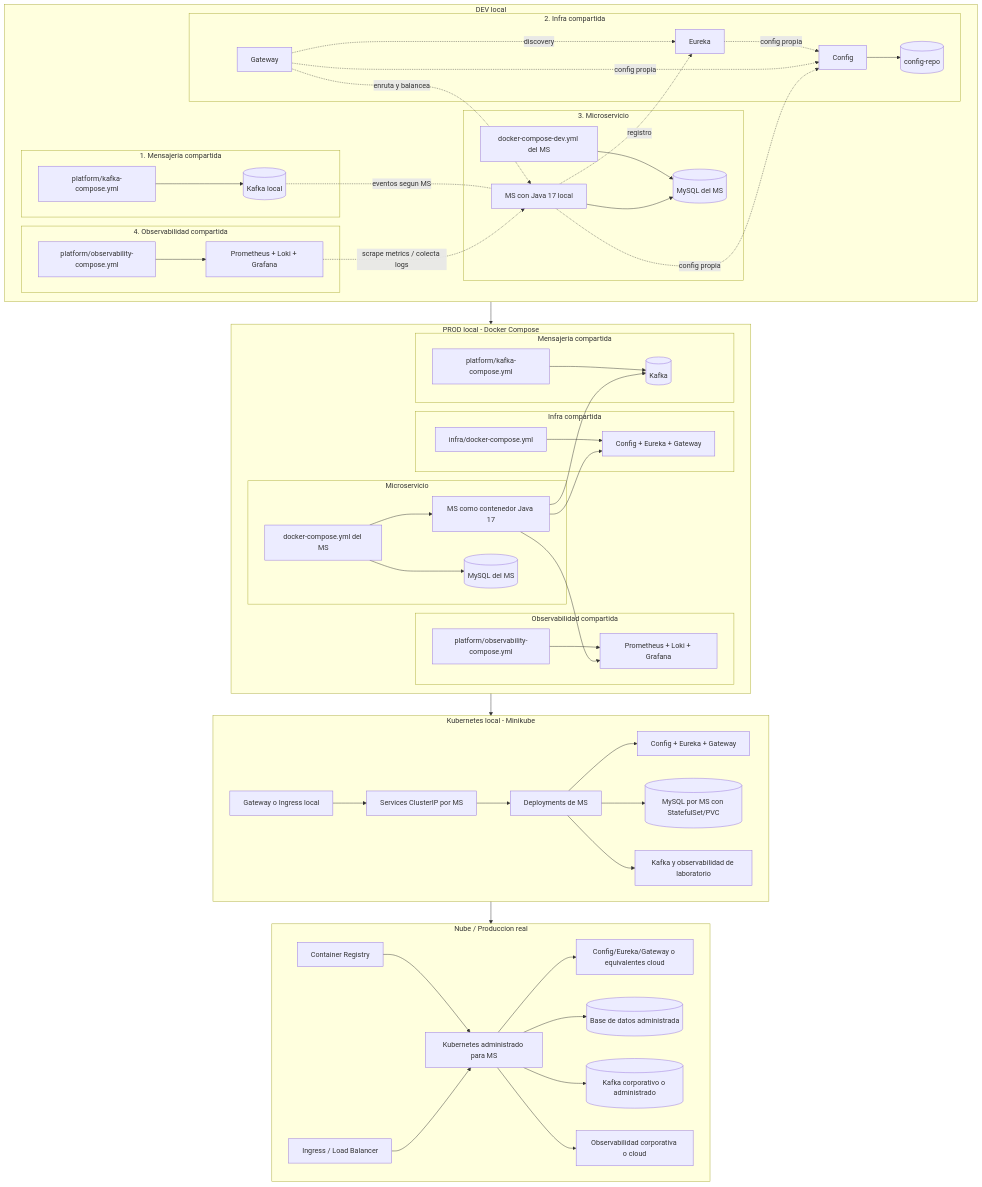
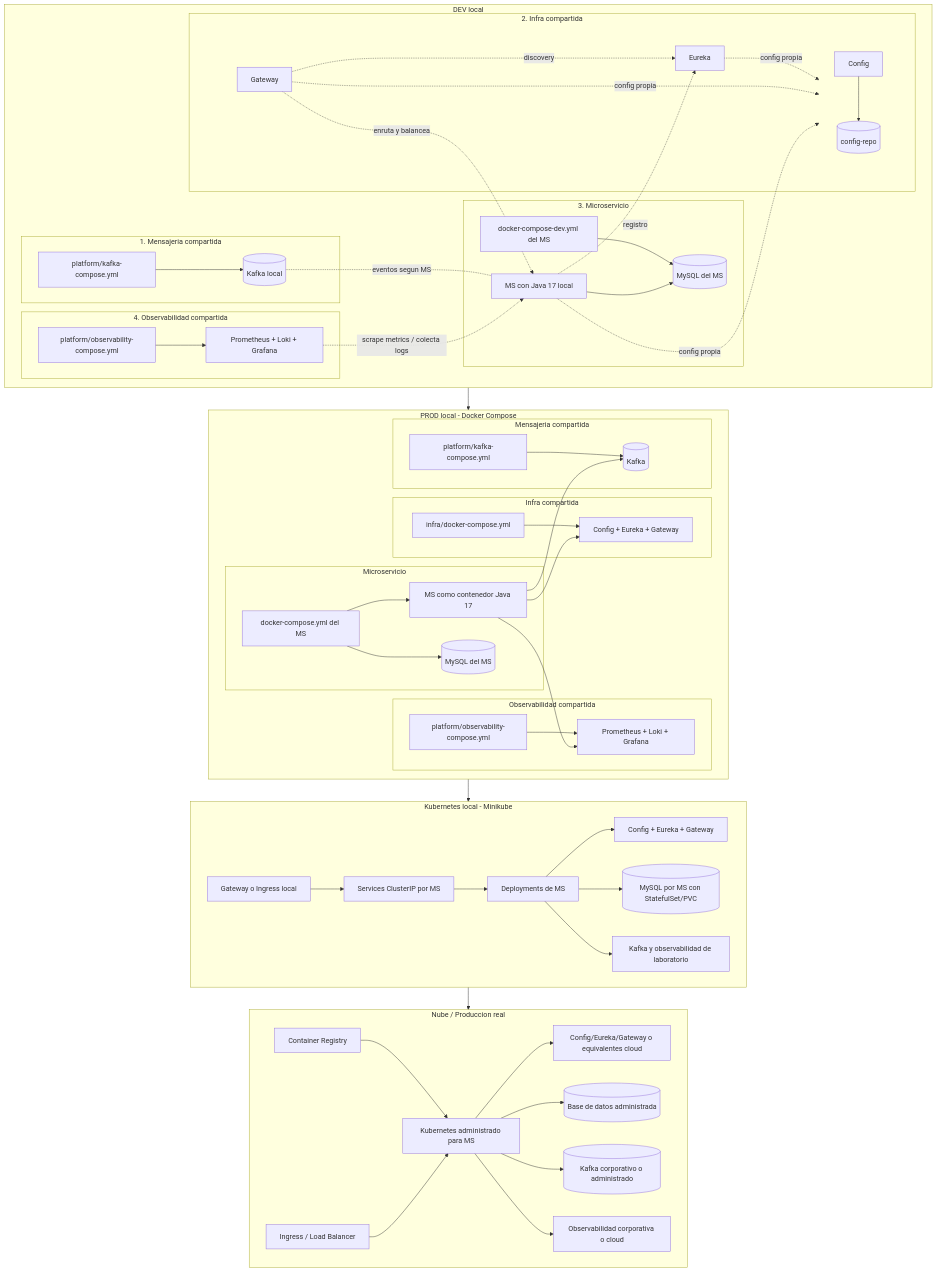
One commit to 262dist/pagatu changed the tenth of 10 diagrams in README.md. Above: the diagram before and after it, drawn with Mermaid.

```diff
--- a/README.md
+++ b/README.md
@@ -564,11 +564,14 @@
         end
 
         subgraph devInfraBox[2. Infra compartida]
-            devconfig[Config]
-            devconfigrepo[(config-repo)]
+            devgateway[Gateway]
             deveureka[Eureka]
-            devgateway[Gateway]
-            devconfig --> devconfigrepo
+            subgraph devConfigBox[" "]
+                direction TB
+                devconfig[Config]
+                devconfigrepo[(config-repo)]
+                devconfig --> devconfigrepo
+            end
             deveureka -. config propia .-> devconfig
             devgateway -. config propia .-> devconfig
             devgateway -. discovery .-> deveureka
@@ -593,6 +596,7 @@
         devgateway -. enruta y balancea .-> devjava
         devjava --> devmysql
         devobs -. scrape metrics / colecta logs .-> devjava
+        style devConfigBox fill:transparent,stroke:transparent,color:transparent
     end
 
     subgraph compose[PROD local - Docker Compose]
```
